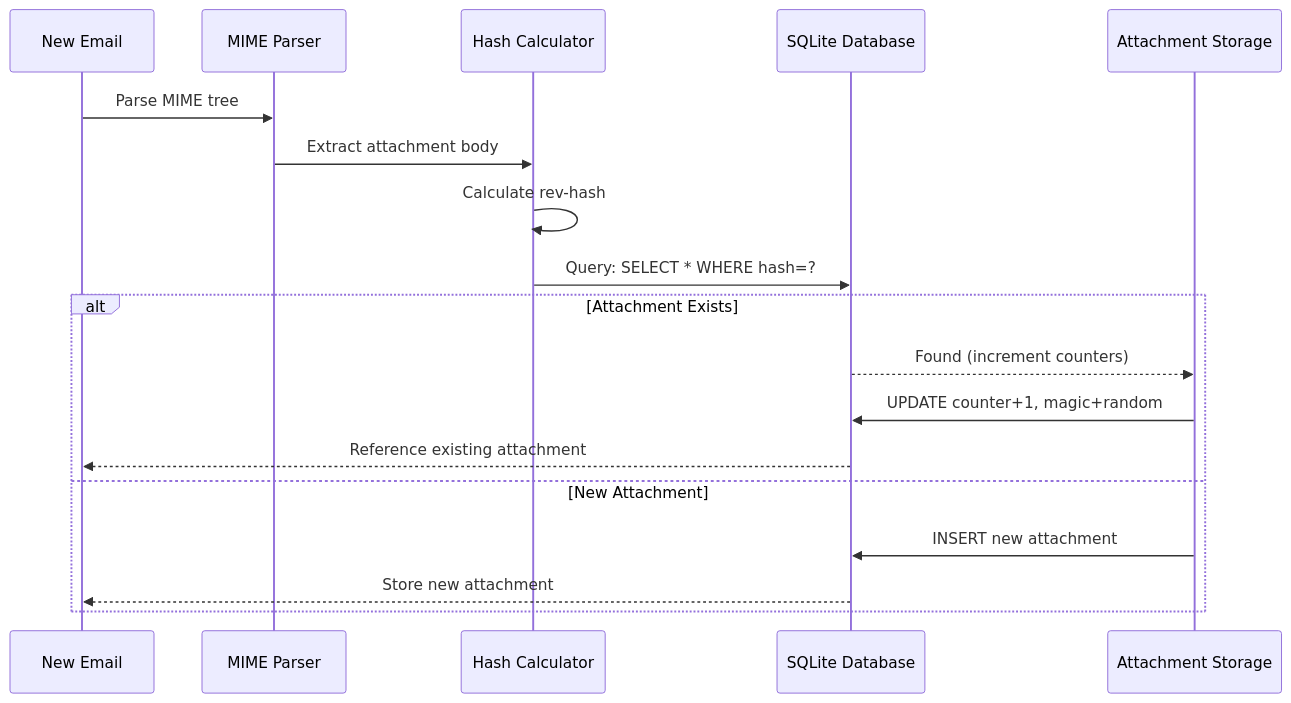
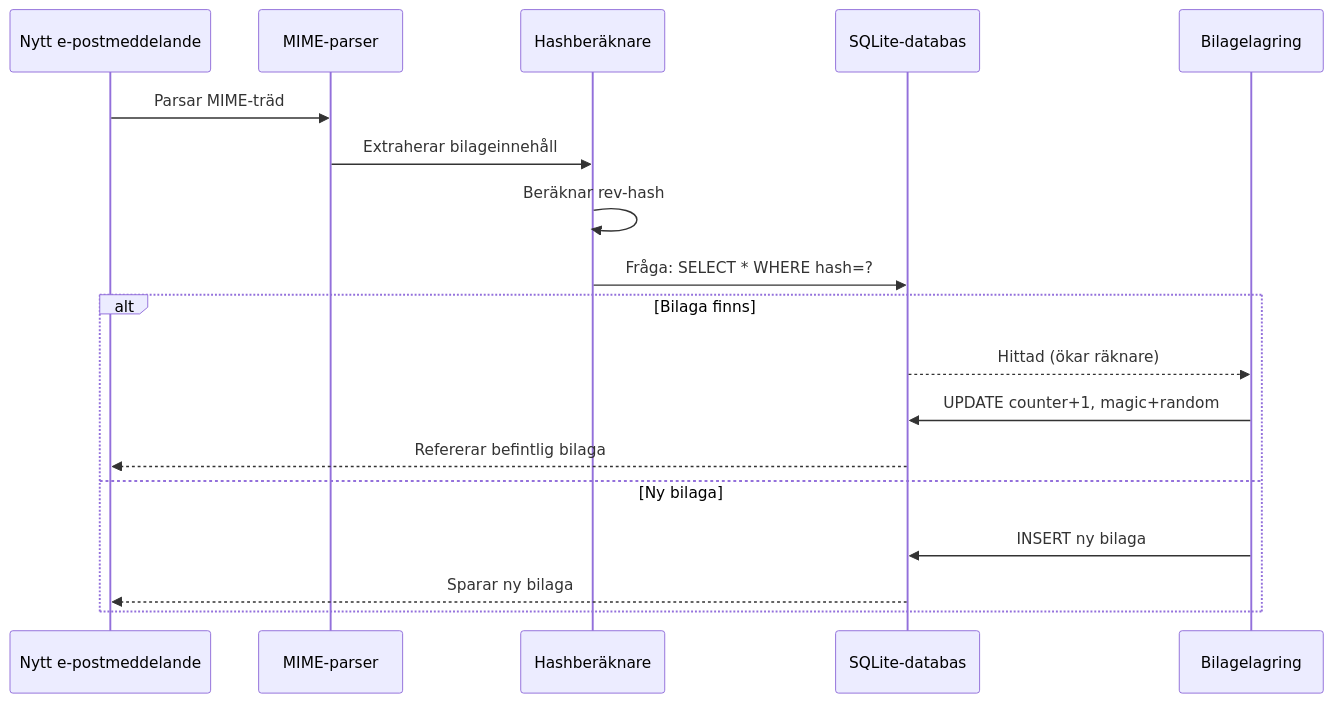
One commit to forwardemail/forwardemail.net changed diagram 12 of 16 in app/views/docs/email-protocols-rfc-compliance-imap-smtp-pop3-comparison/index-sv.md. Above: the diagram before and after it, drawn with Mermaid. The commit also changed other lines of this file and 1055 other files, not shown here.

````diff
--- a/app/views/docs/email-protocols-rfc-compliance-imap-smtp-pop3-comparison/index-sv.md
+++ b/app/views/docs/email-protocols-rfc-compliance-imap-smtp-pop3-comparison/index-sv.md
@@ -1422,22 +1416,22 @@
 ```mermaid
 sequenceDiagram
-    participant Email as New Email
-    participant Parser as MIME Parser
-    participant Hash as Hash Calculator
-    participant DB as SQLite Database
-    participant Storage as Attachment Storage
+    participant Email as Nytt e-postmeddelande
+    participant Parser as MIME-parser
+    participant Hash as Hashberäknare
+    participant DB as SQLite-databas
+    participant Storage as Bilagelagring
 
-    Email->>Parser: Parse MIME tree
-    Parser->>Hash: Extract attachment body
-    Hash->>Hash: Calculate rev-hash
-    Hash->>DB: Query: SELECT * WHERE hash=?
+    Email->>Parser: Parsar MIME-träd
+    Parser->>Hash: Extraherar bilageinnehåll
+    Hash->>Hash: Beräknar rev-hash
+    Hash->>DB: Fråga: SELECT * WHERE hash=?
 
-    alt Attachment Exists
-        DB-->>Storage: Found (increment counters)
+    alt Bilaga finns
+        DB-->>Storage: Hittad (ökar räknare)
         Storage->>DB: UPDATE counter+1, magic+random
-        DB-->>Email: Reference existing attachment
-    else New Attachment
-        Storage->>DB: INSERT new attachment
-        DB-->>Email: Store new attachment
+        DB-->>Email: Refererar befintlig bilaga
+    else Ny bilaga
+        Storage->>DB: INSERT ny bilaga
+        DB-->>Email: Sparar ny bilaga
     end
 ```
````
